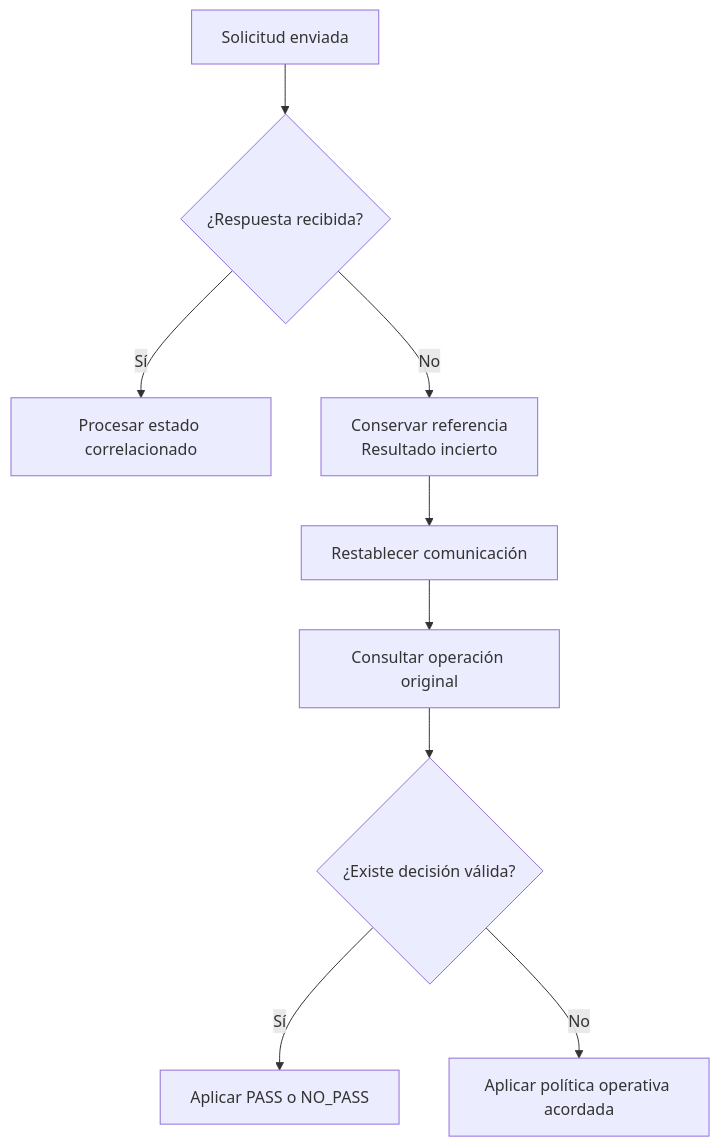
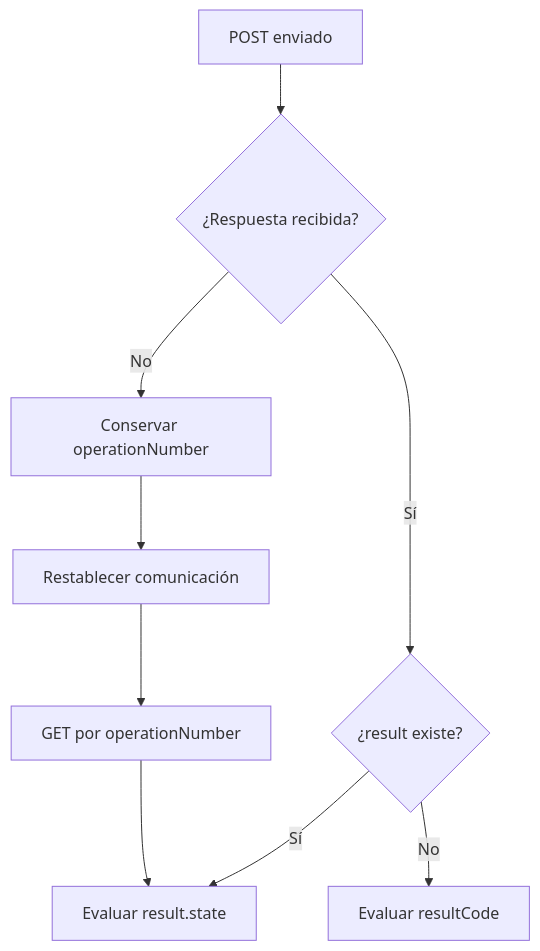
Before and after one commit to alignet-docs/alignet-developers: the second of 2 diagrams in procesamiento-fisico/alignet-transit/operacion-y-recuperacion.mdx, drawn with Mermaid. The commit also changed other lines of this file and 13 other files, not shown here.

````diff
--- a/procesamiento-fisico/alignet-transit/operacion-y-recuperacion.mdx
+++ b/procesamiento-fisico/alignet-transit/operacion-y-recuperacion.mdx
@@ -72,11 +91,11 @@
 ```mermaid
 flowchart TD
-    A[Solicitud enviada] --> B{¿Respuesta recibida?}
-    B -->|Sí| C[Procesar estado correlacionado]
-    B -->|No| D[Conservar referencia<br/>Resultado incierto]
-    D --> E[Restablecer comunicación]
-    E --> F[Consultar operación original]
-    F --> G{¿Existe decisión válida?}
-    G -->|Sí| H[Aplicar PASS o NO_PASS]
-    G -->|No| I[Aplicar política operativa acordada]
+    START[POST enviado] --> RESPONSE{¿Respuesta recibida?}
+    RESPONSE -->|Sí| RESULT{¿result existe?}
+    RESULT -->|Sí| STATE[Evaluar result.state]
+    RESULT -->|No| CODE[Evaluar resultCode]
+    RESPONSE -->|No| UNKNOWN[Conservar operationNumber]
+    UNKNOWN --> RESTORE[Restablecer comunicación]
+    RESTORE --> QUERY[GET por operationNumber]
+    QUERY --> STATE
 ```
````
